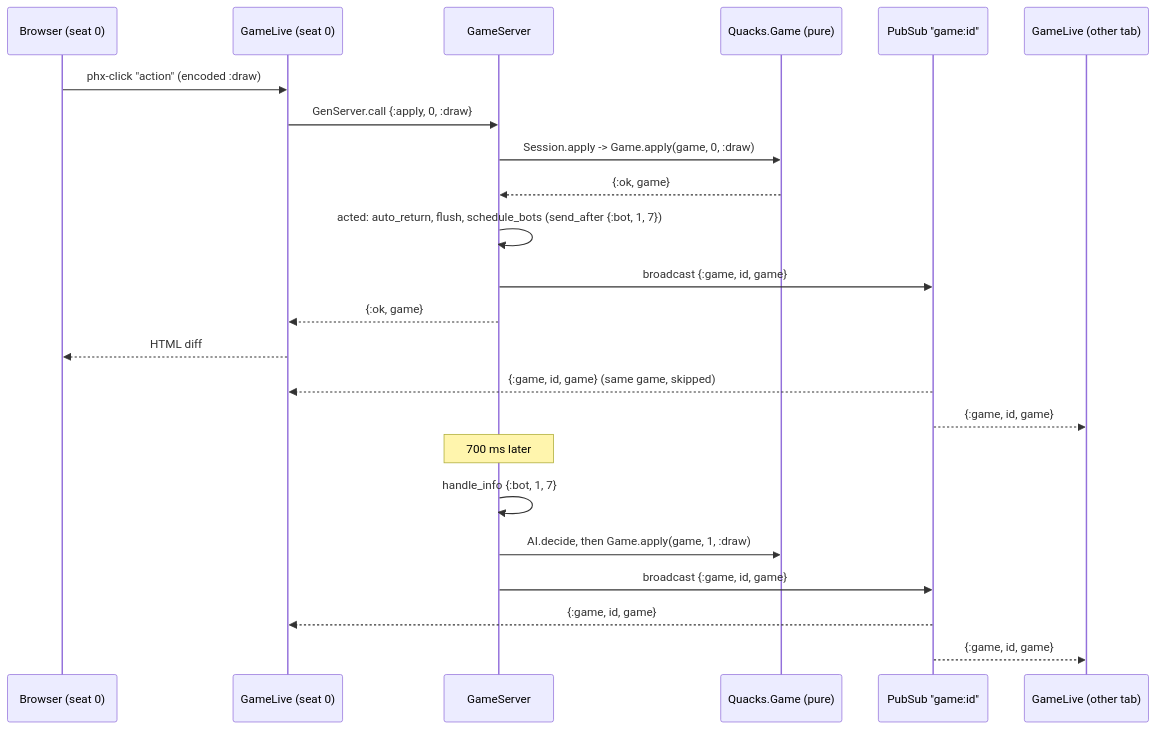
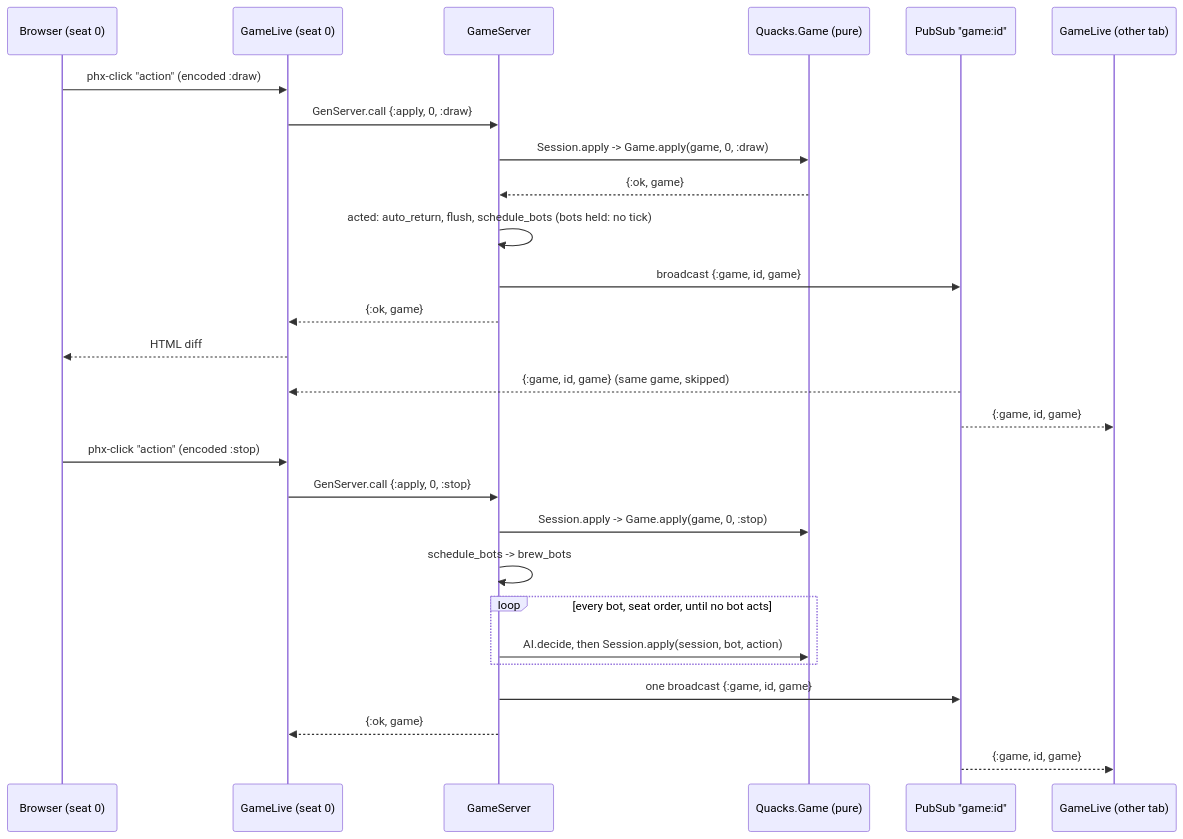
Before and after one commit to xylophonehero/quacks-elixir: the diagram in docs/guide/04-gameserver.md, drawn with Mermaid. The commit also changed other lines of this file and 5 other files, not shown here.

First line of the commit message:
Round 36: guide and CONTEXT for bot brews in one go

````diff
--- a/docs/guide/04-gameserver.md
+++ b/docs/guide/04-gameserver.md
@@ -425,26 +446,30 @@
 ```mermaid
 sequenceDiagram
   participant B as Browser (seat 0)
   participant LV as GameLive (seat 0)
   participant GS as GameServer
   participant E as Quacks.Game (pure)
   participant PS as PubSub "game:id"
   participant LV2 as GameLive (other tab)
 
   B->>LV: phx-click "action" (encoded :draw)
   LV->>GS: GenServer.call {:apply, 0, :draw}
   GS->>E: Session.apply -> Game.apply(game, 0, :draw)
   E-->>GS: {:ok, game}
-  GS->>GS: acted: auto_return, flush, schedule_bots (send_after {:bot, 1, 7})
+  GS->>GS: acted: auto_return, flush, schedule_bots (bots held: no tick)
   GS->>PS: broadcast {:game, id, game}
   GS-->>LV: {:ok, game}
   LV-->>B: HTML diff
   PS-->>LV: {:game, id, game} (same game, skipped)
   PS-->>LV2: {:game, id, game}
-  Note over GS: 700 ms later
-  GS->>GS: handle_info {:bot, 1, 7}
-  GS->>E: AI.decide, then Game.apply(game, 1, :draw)
-  GS->>PS: broadcast {:game, id, game}
-  PS-->>LV: {:game, id, game}
+  B->>LV: phx-click "action" (encoded :stop)
+  LV->>GS: GenServer.call {:apply, 0, :stop}
+  GS->>E: Session.apply -> Game.apply(game, 0, :stop)
+  GS->>GS: schedule_bots -> brew_bots
+  loop every bot, seat order, until no bot acts
+    GS->>E: AI.decide, then Session.apply(session, bot, action)
+  end
+  GS->>PS: one broadcast {:game, id, game}
+  GS-->>LV: {:ok, game}
   PS-->>LV2: {:game, id, game}
 ```
````
